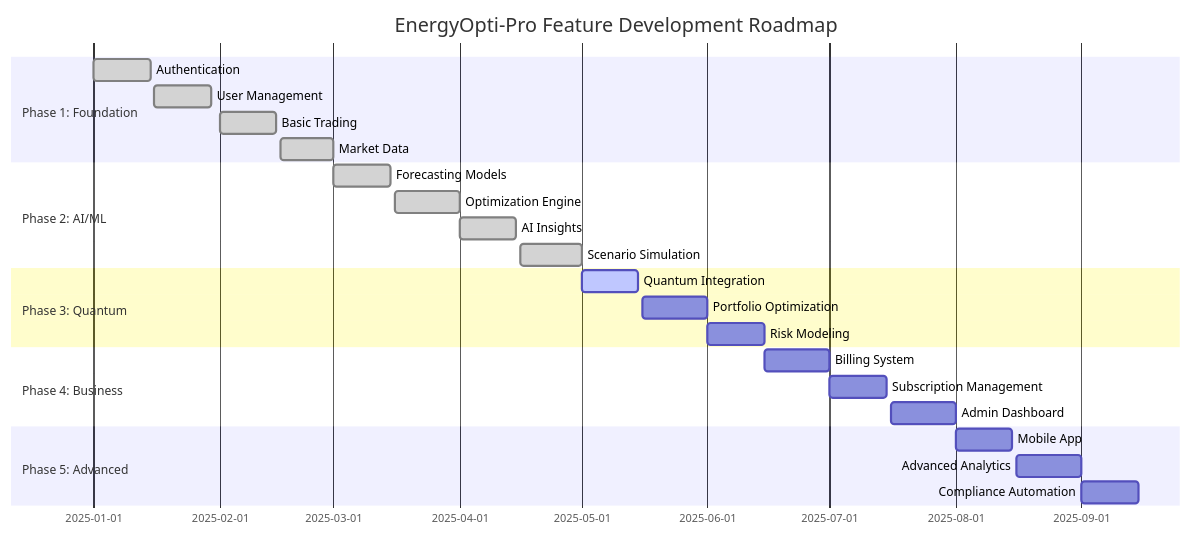
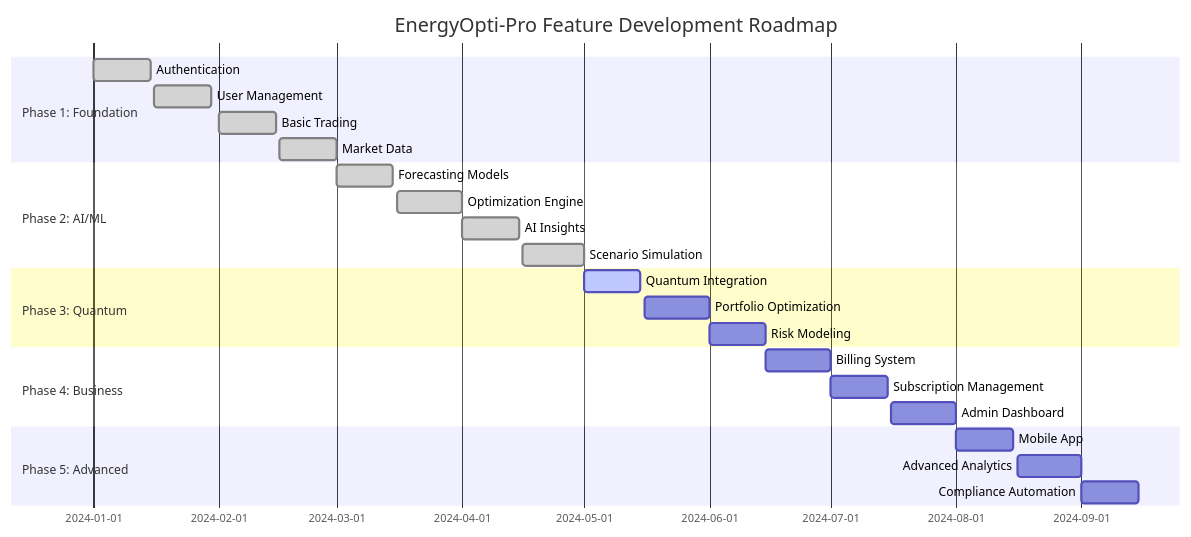
Before and after one commit to akramahmed1/QuantaEnergi: the fourth of 6 diagrams in docs/architecture/feature-diagrams.md, drawn with Mermaid. The commit also changed other lines of this file and 6 other files, not shown here.

Commit message:
mermaid fixes compatibility

````diff
--- a/docs/architecture/feature-diagrams.md
+++ b/docs/architecture/feature-diagrams.md
@@ -222,31 +222,31 @@
 ```mermaid
 gantt
     title EnergyOpti-Pro Feature Development Roadmap
     dateFormat  YYYY-MM-DD
     section Phase 1: Foundation
-    Authentication           :done, auth, 2025-01-01, 2025-01-15
-    User Management         :done, usermgmt, 2025-01-16, 2025-01-30
-    Basic Trading           :done, trading, 2025-02-01, 2025-02-15
-    Market Data             :done, marketdata, 2025-02-16, 2025-03-01
+    Authentication           :done, auth, 2024-01-01, 2024-01-15
+    User Management         :done, usermgmt, 2024-01-16, 2024-01-30
+    Basic Trading           :done, trading, 2024-02-01, 2024-02-15
+    Market Data             :done, marketdata, 2024-02-16, 2024-03-01
 
     section Phase 2: AI/ML
-    Forecasting Models      :done, forecasting, 2025-03-01, 2025-03-15
-    Optimization Engine     :done, optimization, 2025-03-16, 2025-04-01
-    AI Insights             :done, aiinsights, 2025-04-01, 2025-04-15
-    Scenario Simulation     :done, scenarios, 2025-04-16, 2025-05-01
+    Forecasting Models      :done, forecasting, 2024-03-01, 2024-03-15
+    Optimization Engine     :done, optimization, 2024-03-16, 2024-04-01
+    AI Insights             :done, aiinsights, 2024-04-01, 2024-04-15
+    Scenario Simulation     :done, scenarios, 2024-04-16, 2024-05-01
 
     section Phase 3: Quantum
-    Quantum Integration     :active, quantum, 2025-05-01, 2025-05-15
-    Portfolio Optimization  :quantum_opt, 2025-05-16, 2025-06-01
-    Risk Modeling           :quantum_risk, 2025-06-01, 2025-06-15
+    Quantum Integration     :active, quantum, 2024-05-01, 2024-05-15
+    Portfolio Optimization  :quantum_opt, 2024-05-16, 2024-06-01
+    Risk Modeling           :quantum_risk, 2024-06-01, 2024-06-15
 
     section Phase 4: Business
-    Billing System          :billing, 2025-06-15, 2025-07-01
-    Subscription Management :subscription, 2025-07-01, 2025-07-15
-    Admin Dashboard         :admin, 2025-07-16, 2025-08-01
+    Billing System          :billing, 2024-06-15, 2024-07-01
+    Subscription Management :subscription, 2024-07-01, 2024-07-15
+    Admin Dashboard         :admin, 2024-07-16, 2024-08-01
 
     section Phase 5: Advanced
-    Mobile App             :mobile, 2025-08-01, 2025-08-15
-    Advanced Analytics     :analytics, 2025-08-16, 2025-09-01
-    Compliance Automation  :compliance, 2025-09-01, 2025-09-15
+    Mobile App             :mobile, 2024-08-01, 2024-08-15
+    Advanced Analytics     :analytics, 2024-08-16, 2024-09-01
+    Compliance Automation  :compliance, 2024-09-01, 2024-09-15
 ```
````
